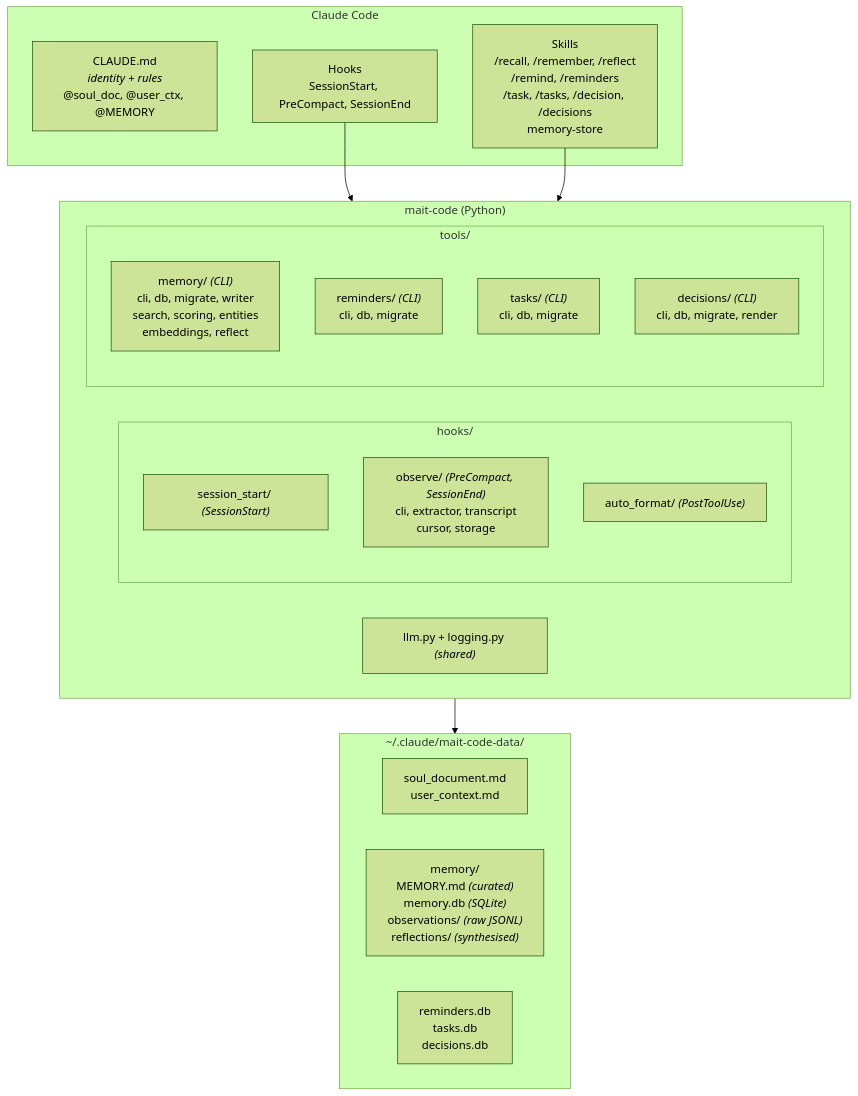
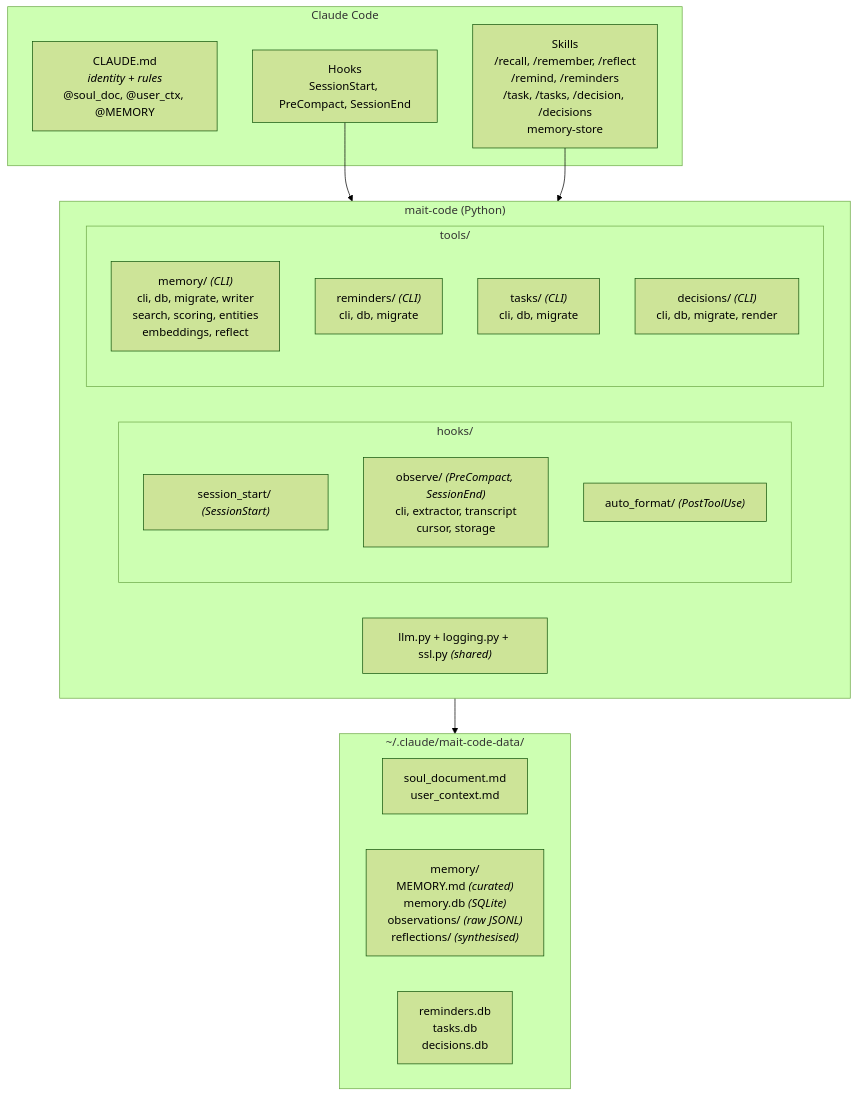
Before and after one commit to wiktordepina/mait-code: the first of 4 diagrams in docs/architecture.md, drawn with Mermaid (forest theme). The commit also changed other lines of this file and 11 other files, not shown here.

````diff
--- a/docs/architecture.md
+++ b/docs/architecture.md
@@ -14,33 +14,33 @@
 ```mermaid
 graph TD
     subgraph claude_code ["Claude Code"]
         CLAUDE_MD["CLAUDE.md<br/><i>identity + rules</i><br/>@soul_doc, @user_ctx, @MEMORY"]
         HOOKS["Hooks<br/>SessionStart, PreCompact, SessionEnd"]
         SKILLS["Skills<br/>/recall, /remember, /reflect<br/>/remind, /reminders<br/>/task, /tasks, /decision, /decisions<br/>memory-store"]
     end
 
     subgraph mait_code ["mait-code (Python)"]
         subgraph hooks_pkg ["hooks/"]
             session_start["session_start/ <i>(SessionStart)</i>"]
             observe["observe/ <i>(PreCompact, SessionEnd)</i><br/>cli, extractor, transcript<br/>cursor, storage"]
             auto_format["auto_format/ <i>(PostToolUse)</i>"]
         end
         subgraph tools_pkg ["tools/"]
             memory_tool["memory/ <i>(CLI)</i><br/>cli, db, migrate, writer<br/>search, scoring, entities<br/>embeddings, reflect"]
             reminders_tool["reminders/ <i>(CLI)</i><br/>cli, db, migrate"]
             tasks_tool["tasks/ <i>(CLI)</i><br/>cli, db, migrate"]
             decisions_tool["decisions/ <i>(CLI)</i><br/>cli, db, migrate, render"]
         end
-        shared["llm.py + logging.py <i>(shared)</i>"]
+        shared["llm.py + logging.py + ssl.py <i>(shared)</i>"]
     end
 
     subgraph data_dir ["~/.claude/mait-code-data/"]
         identity["soul_document.md<br/>user_context.md"]
         memory_store["memory/<br/>MEMORY.md <i>(curated)</i><br/>memory.db <i>(SQLite)</i><br/>observations/ <i>(raw JSONL)</i><br/>reflections/ <i>(synthesised)</i>"]
         other_dbs["reminders.db<br/>tasks.db<br/>decisions.db"]
     end
 
     HOOKS --> mait_code
     SKILLS --> mait_code
     mait_code --> data_dir
 ```
````
